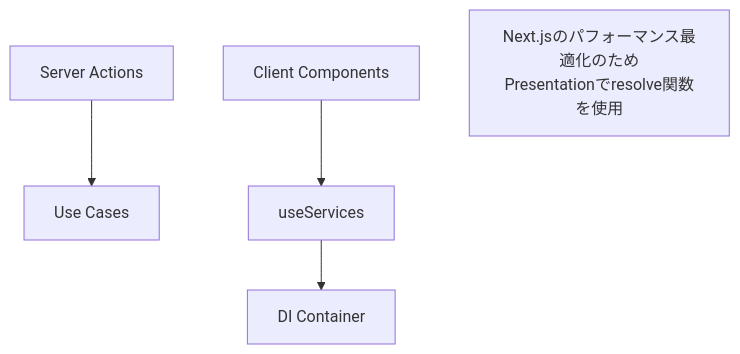
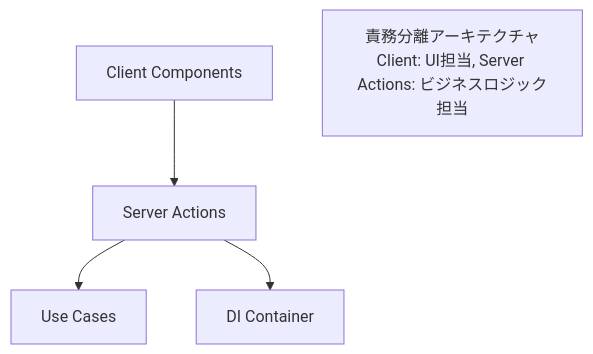
Before and after one commit to derushio/d-next-ddd-example: the second of 4 diagrams in _DOCS/guides/project-architecture-decisions.md, drawn with Mermaid. The commit also changed other lines of this file and 43 other files, not shown here.

````diff
--- a/_DOCS/guides/project-architecture-decisions.md
+++ b/_DOCS/guides/project-architecture-decisions.md
@@ -159,8 +159,8 @@
 ```mermaid
 graph TD
     SA[Server Actions] --> UC[Use Cases]
-    COMP[Client Components] --> HOOK[useServices]
-    HOOK --> DI[DI Container]
+    SA --> DI[DI Container]
+    COMP[Client Components] --> SA
     
-    note1["Next.jsのパフォーマンス最適化のため<br/>Presentationでresolve関数を使用"]
+    note1["責務分離アーキテクチャ<br/>Client: UI担当, Server Actions: ビジネスロジック担当"]
 ```
````
